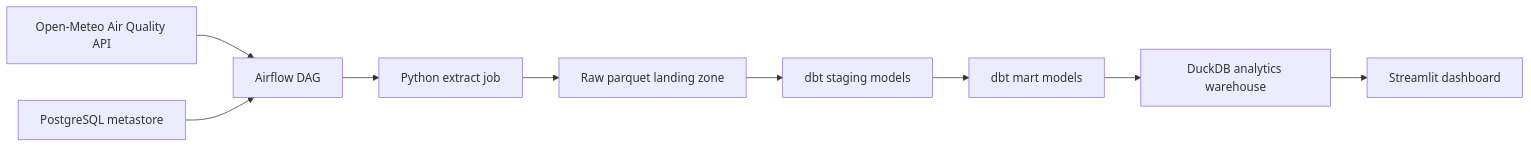
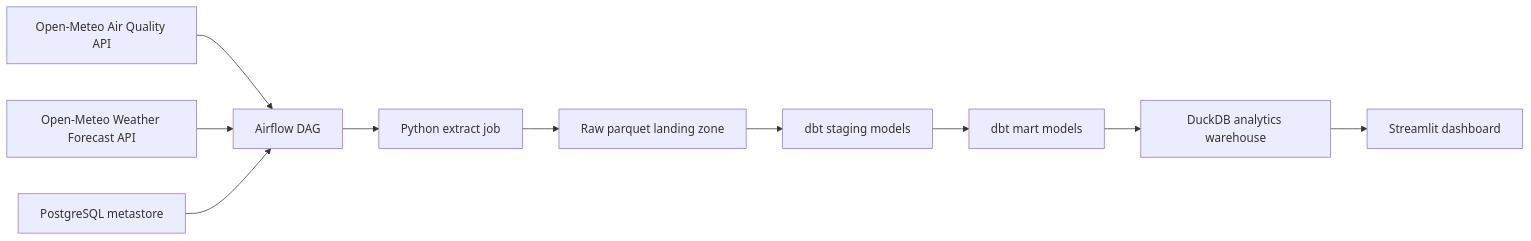
One commit to potangpa-sudo/bangkok-aqi-pipeline changed the diagram in README.md. Above: the diagram before and after it, drawn with Mermaid. The commit also changed other lines of this file and 10 other files, not shown here.

````diff
--- a/README.md
+++ b/README.md
@@ -10,11 +11,12 @@
 ```mermaid
 flowchart LR
     A["Open-Meteo Air Quality API"] --> B["Airflow DAG"]
+    A2["Open-Meteo Weather Forecast API"] --> B
     B --> C["Python extract job"]
     C --> D["Raw parquet landing zone"]
     D --> E["dbt staging models"]
     E --> F["dbt mart models"]
     F --> G["DuckDB analytics warehouse"]
     G --> H["Streamlit dashboard"]
     I["PostgreSQL metastore"] --> B
 ```
````
